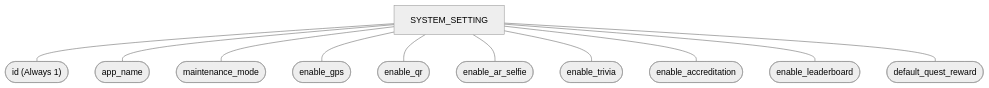
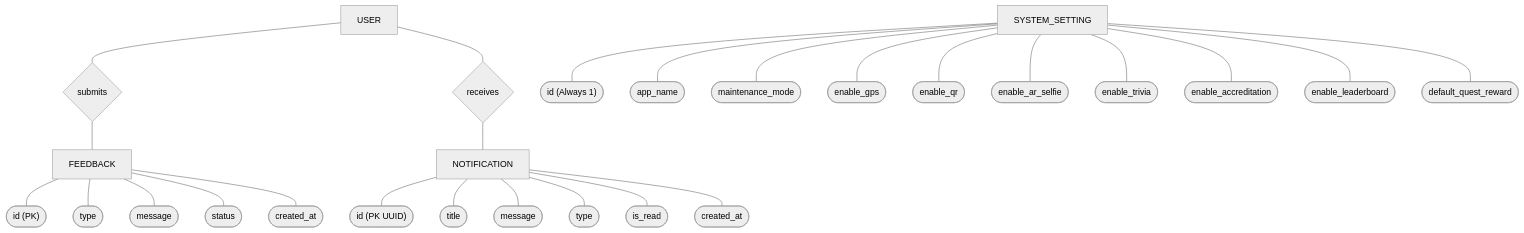
One commit to Cipher-Syntax/ARQuest changed the fifth of 5 diagrams in erd-model.md. Above: the diagram before and after it, drawn with Mermaid (neutral theme). The commit also changed other lines of this file and 7 other files, not shown here.

Commit message:
docs: Update architectural diagrams for Notifications and History & Logs

````diff
--- a/erd-model.md
+++ b/erd-model.md
@@ -305,28 +307,69 @@
 ```mermaid
 flowchart TD
+    %% External Entity Ref
+    USER["USER"]
+
     %% Entities
     SYS["SYSTEM_SETTING"]
+    FDBK["FEEDBACK"]
+    NOTIF["NOTIFICATION"]
 
-    %% Attributes
+    %% Relationships
+    submits{"submits"}
+    receives{"receives"}
+
+    %% Attributes - System Setting
     s_id(["id (Always 1)"])
     s_app(["app_name"])
     s_maint(["maintenance_mode"])
     s_gps(["enable_gps"])
     s_qr(["enable_qr"])
     s_ar(["enable_ar_selfie"])
     s_triv(["enable_trivia"])
     s_acc(["enable_accreditation"])
     s_lead(["enable_leaderboard"])
     s_pts(["default_quest_reward"])
 
     SYS --- s_id
     SYS --- s_app
     SYS --- s_maint
     SYS --- s_gps
     SYS --- s_qr
     SYS --- s_ar
     SYS --- s_triv
     SYS --- s_acc
     SYS --- s_lead
     SYS --- s_pts
+
+    %% Attributes - Feedback
+    f_id(["id (PK)"])
+    f_type(["type"])
+    f_msg(["message"])
+    f_stat(["status"])
+    f_cr(["created_at"])
+
+    FDBK --- f_id
+    FDBK --- f_type
+    FDBK --- f_msg
+    FDBK --- f_stat
+    FDBK --- f_cr
+
+    %% Attributes - Notification
+    n_id(["id (PK UUID)"])
+    n_title(["title"])
+    n_msg(["message"])
+    n_type(["type"])
+    n_read(["is_read"])
+    n_cr(["created_at"])
+
+    NOTIF --- n_id
+    NOTIF --- n_title
+    NOTIF --- n_msg
+    NOTIF --- n_type
+    NOTIF --- n_read
+    NOTIF --- n_cr
+
+    %% Structure
+    USER --- submits --- FDBK
+    USER --- receives --- NOTIF
 ```
````
